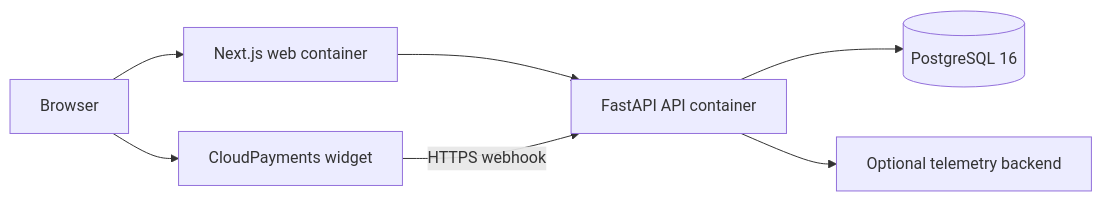
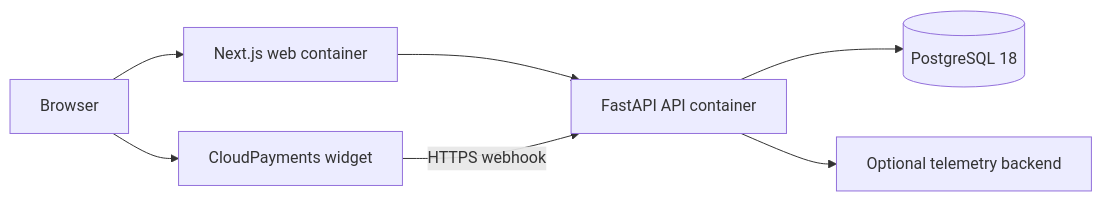
Before and after one commit to gushinets/payments-portal: the diagram in docs/architecture/deployment.md, drawn with Mermaid. The commit also changed 13 other files, not shown here.

Commit message:
ANY-96 - Обновить container runtime baseline: Node 24 и PostgreSQL 18

````diff
--- a/docs/architecture/deployment.md
+++ b/docs/architecture/deployment.md
@@ -8,9 +8,9 @@
 ```mermaid
 flowchart LR
   Browser["Browser"] --> Web["Next.js web container"]
   Web --> API["FastAPI API container"]
-  API --> DB[("PostgreSQL 16")]
+  API --> DB[("PostgreSQL 18")]
   Browser --> CP["CloudPayments widget"]
   CP -->|"HTTPS webhook"| API
   API --> OTEL["Optional telemetry backend"]
 ```
````
